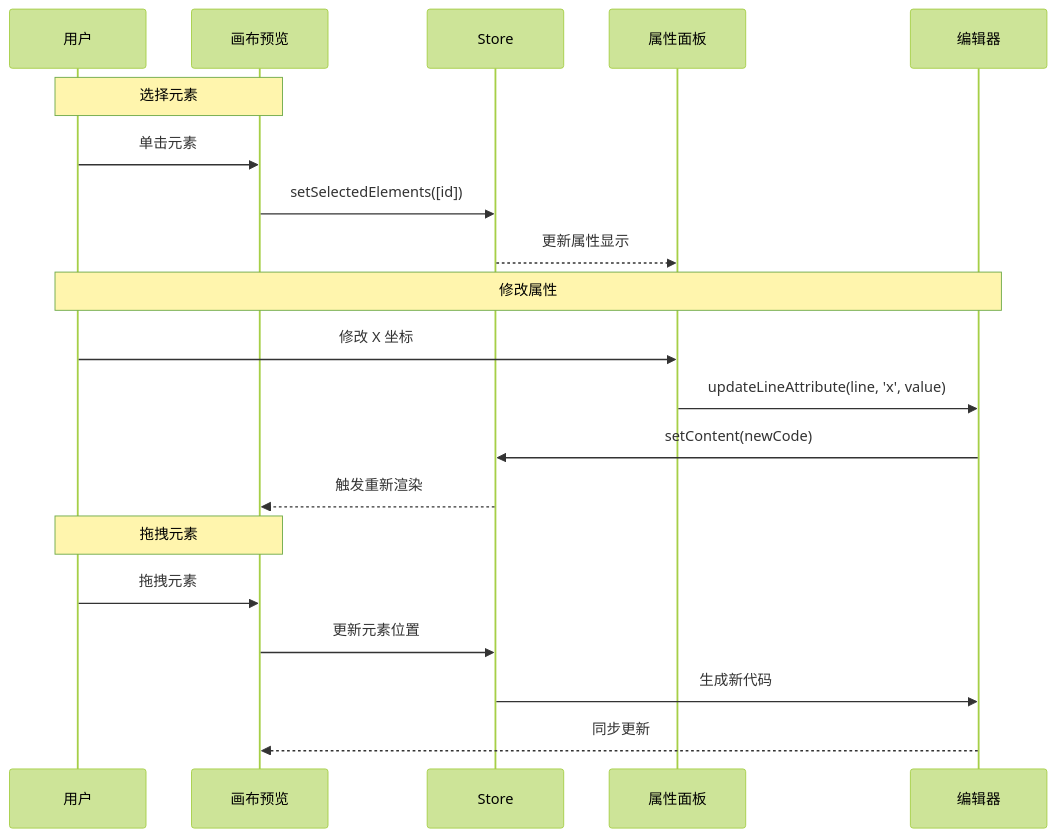
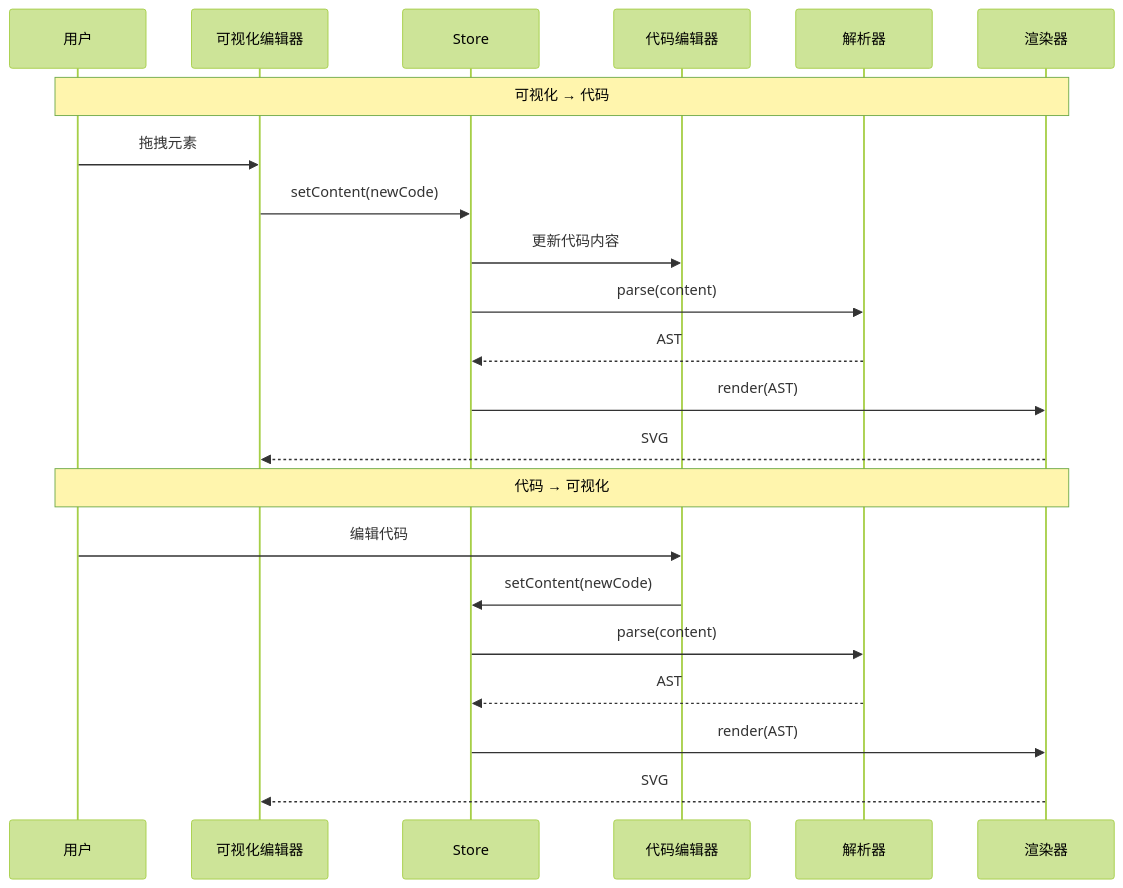
One commit to SolarWire/SolarWire-APPs changed the second of 3 diagrams in editor/.solarwire/solarwire-editor/solarwire-prd.md. Above: the diagram before and after it, drawn with Mermaid (forest theme). The commit also changed other lines of this file and 34 other files, not shown here.

````diff
--- a/editor/.solarwire/solarwire-editor/solarwire-prd.md
+++ b/editor/.solarwire/solarwire-editor/solarwire-prd.md
@@ -141,25 +227,26 @@
 ```mermaid
 sequenceDiagram
     participant U as 用户
-    participant P as 画布预览
+    participant VE as 可视化编辑器
     participant S as Store
-    participant PP as 属性面板
-    participant E as 编辑器
+    participant CE as 代码编辑器
+    participant P as 解析器
+    participant R as 渲染器
 
-    Note over U,P: 选择元素
-    U->>P: 单击元素
-    P->>S: setSelectedElements([id])
-    S-->>PP: 更新属性显示
+    Note over U,R: 可视化 → 代码
+    U->>VE: 拖拽元素
+    VE->>S: setContent(newCode)
+    S->>CE: 更新代码内容
+    S->>P: parse(content)
+    P-->>S: AST
+    S->>R: render(AST)
+    R-->>VE: SVG
 
-    Note over U,E: 修改属性
-    U->>PP: 修改 X 坐标
-    PP->>E: updateLineAttribute(line, 'x', value)
-    E->>S: setContent(newCode)
-    S-->>P: 触发重新渲染
-
-    Note over U,P: 拖拽元素
-    U->>P: 拖拽元素
-    P->>S: 更新元素位置
-    S->>E: 生成新代码
-    E-->>P: 同步更新
+    Note over U,R: 代码 → 可视化
+    U->>CE: 编辑代码
+    CE->>S: setContent(newCode)
+    S->>P: parse(content)
+    P-->>S: AST
+    S->>R: render(AST)
+    R-->>VE: SVG
 ```
````
